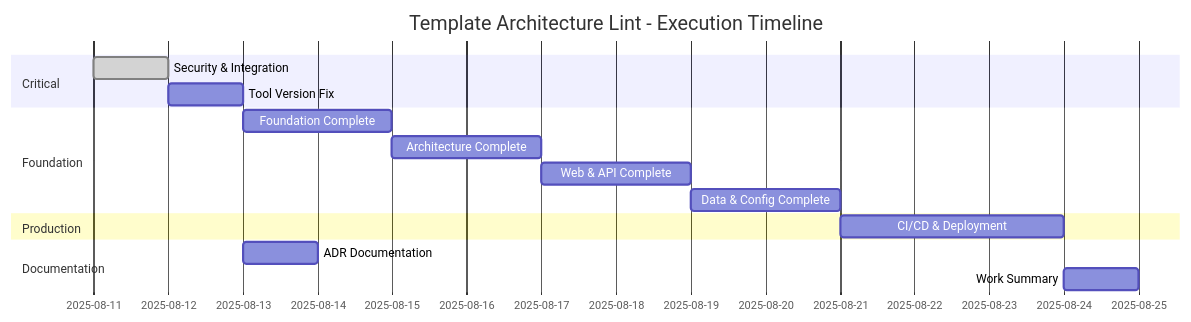
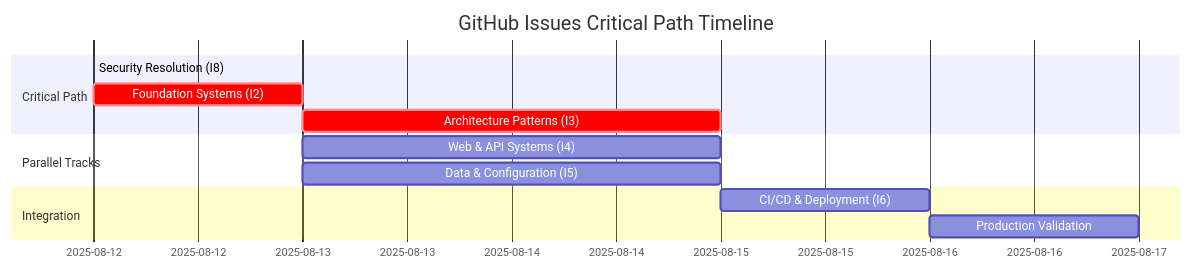
Before and after one commit to LarsArtmann/template-arch-lint: the fourth of 31 diagrams in GITHUB_ISSUES_EXECUTION_GRAPH.md, drawn with Mermaid. The commit also changed other lines of this file and 100 other files, not shown here.

First line of the commit message:
🚀 feat: Complete Phase 1-2 Implementation with Production Infrastructure

````diff
--- a/GITHUB_ISSUES_EXECUTION_GRAPH.md
+++ b/GITHUB_ISSUES_EXECUTION_GRAPH.md
@@ -101,18 +755,15 @@
 ```mermaid
 gantt
-    title Template Architecture Lint - Execution Timeline
+    title GitHub Issues Critical Path Timeline
     dateFormat  YYYY-MM-DD
-    section Critical
-    Security & Integration     :done, crit1, 2025-08-11, 1d
-    Tool Version Fix          :crit2, after crit1, 1d
-    section Foundation
-    Foundation Complete       :found1, after crit2, 2d
-    Architecture Complete     :arch1, after found1, 2d
-    Web & API Complete        :web1, after arch1, 2d  
-    Data & Config Complete    :data1, after web1, 2d
-    section Production
-    CI/CD & Deployment        :deploy1, after data1, 3d
-    section Documentation
-    ADR Documentation         :doc1, after crit2, 1d
-    Work Summary             :summary1, after deploy1, 1d
+    section Critical Path
+    Security Resolution (I8)    :crit, security, 2025-08-12, 2025-08-12
+    Foundation Systems (I2)     :crit, foundation, after security, 1d
+    Architecture Patterns (I3)  :crit, architecture, after foundation, 2d
+    section Parallel Tracks
+    Web & API Systems (I4)      :parallel1, after foundation, 2d
+    Data & Configuration (I5)   :parallel2, after foundation, 2d
+    section Integration
+    CI/CD & Deployment (I6)     :integration, after parallel1, 1d
+    Production Validation        :validation, after integration, 1d
 ```
````
